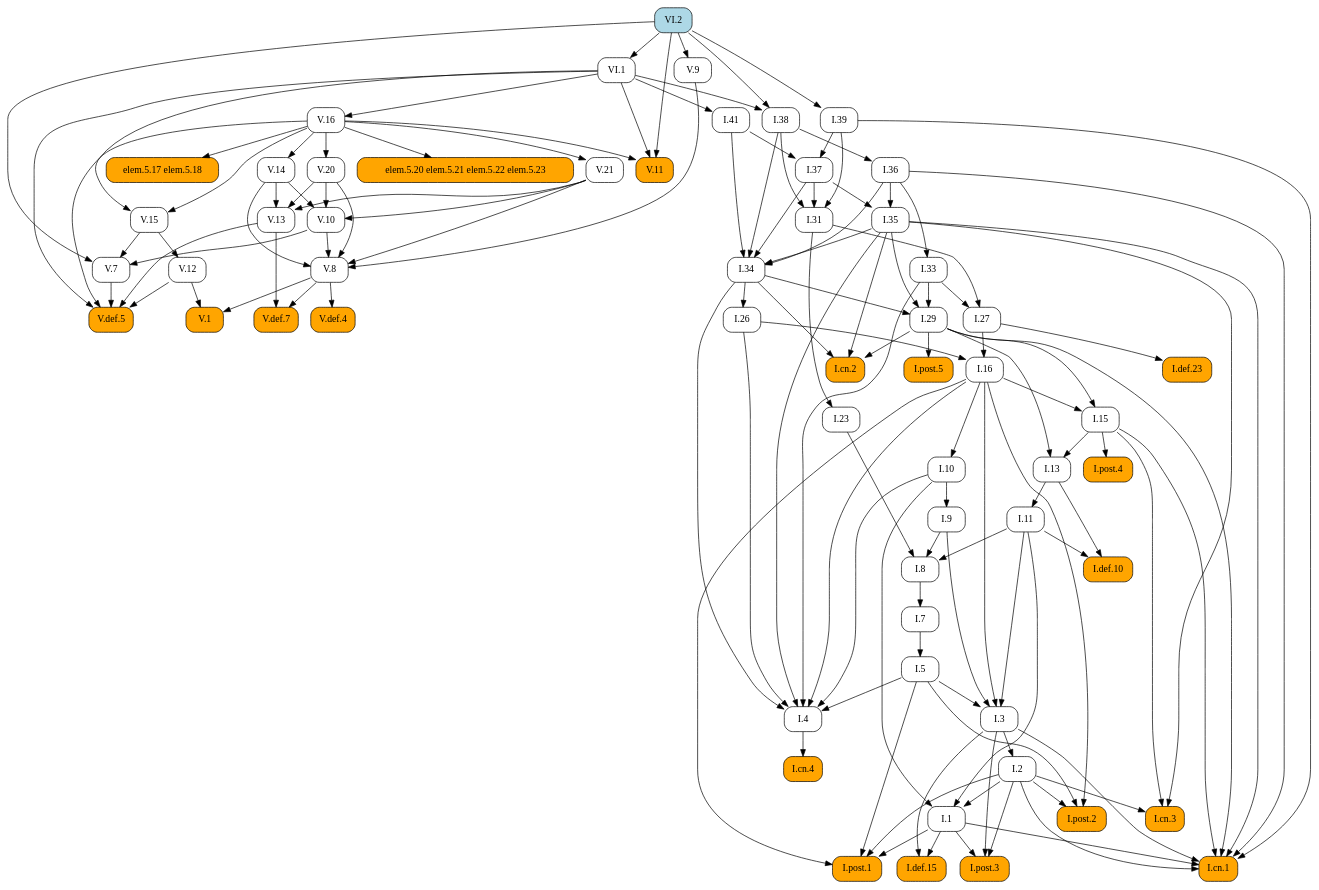
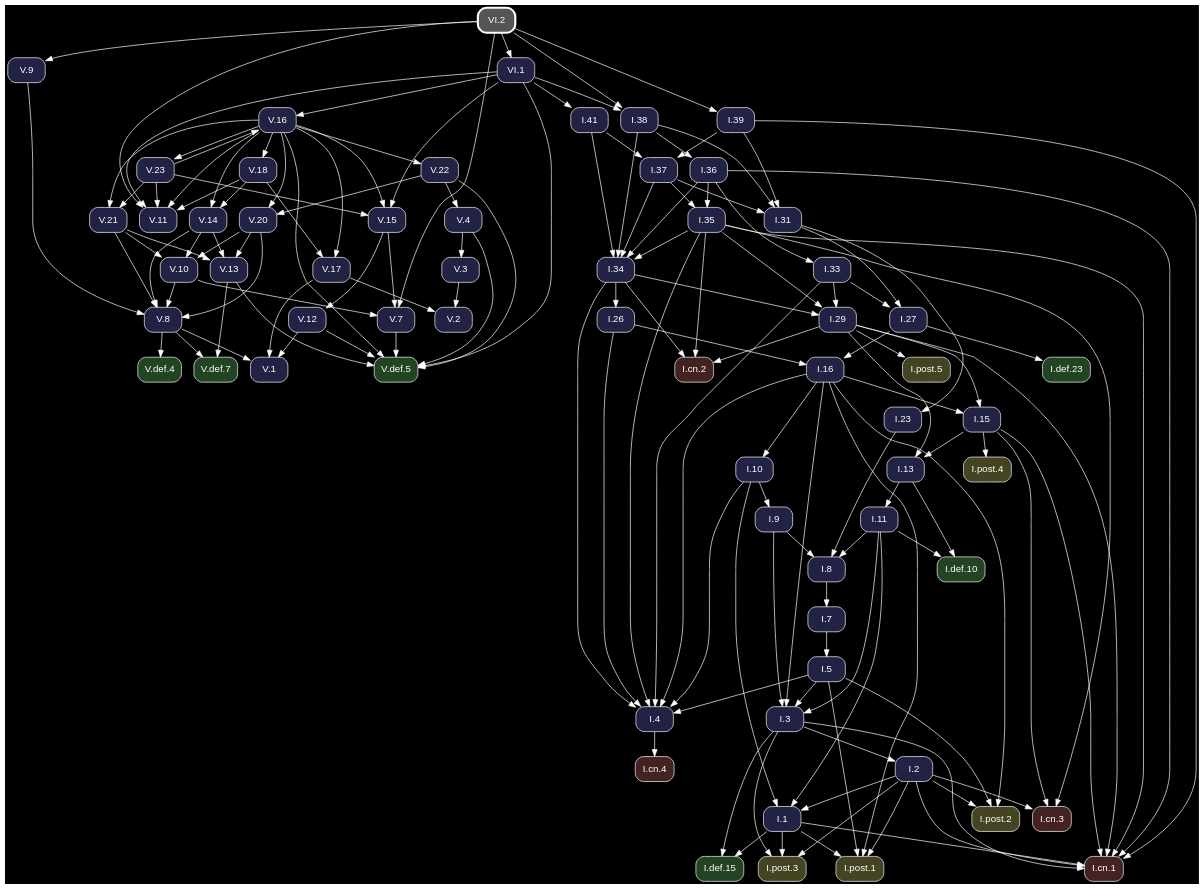
Before and after one commit to geometor/elements: the diagram in docsrc/heath/VI/2/index.rst, drawn with Graphviz. The commit also changed other lines of this file and 1200 other files, not shown here.

Commit message:
update dependency graphs

```diff
--- a/docsrc/heath/VI/2/index.rst
+++ b/docsrc/heath/VI/2/index.rst
@@ -63,122 +63,92 @@
 .. graphviz::
 
    digraph {
+     bgcolor="black";
+     node [shape=box, style="rounded,filled", fontname="Helvetica", color="white", fontcolor="white"];
+     edge [color="white", fontcolor="white"];
      rankdir="TB";
-     node [shape=box, style=rounded];
-     "V.16" [URL="/heath/V/16/", target="_top"];
-     "I.23" [URL="/heath/I/23/", target="_top"];
-     "I.9" [URL="/heath/I/9/", target="_top"];
-     "I.33" [URL="/heath/I/33/", target="_top"];
-     "I.def.15" [style="rounded,filled", fillcolor=orange, URL="/heath/I/def.15/", target="_top"];
-     "V.13" [URL="/heath/V/13/", target="_top"];
-     "V.7" [URL="/heath/V/7/", target="_top"];
-     "elem.5.17 elem.5.18" [style="rounded,filled", fillcolor=orange];
-     "I.post.3" [style="rounded,filled", fillcolor=orange, URL="/heath/I/post.3/", target="_top"];
-     "I.post.1" [style="rounded,filled", fillcolor=orange, URL="/heath/I/post.1/", target="_top"];
-     "V.14" [URL="/heath/V/14/", target="_top"];
-     "V.def.5" [style="rounded,filled", fillcolor=orange, URL="/heath/V/def.5/", target="_top"];
-     "V.9" [URL="/heath/V/9/", target="_top"];
-     "I.31" [URL="/heath/I/31/", target="_top"];
-     "V.10" [URL="/heath/V/10/", target="_top"];
-     "I.def.10" [style="rounded,filled", fillcolor=orange, URL="/heath/I/def.10/", target="_top"];
-     "VI.1" [URL="/heath/VI/1/", target="_top"];
-     "I.27" [URL="/heath/I/27/", target="_top"];
-     "I.39" [URL="/heath/I/39/", target="_top"];
-     "V.20" [URL="/heath/V/20/", target="_top"];
-     "V.11" [style="rounded,filled", fillcolor=orange, URL="/heath/V/11/", target="_top"];
-     "I.34" [URL="/heath/I/34/", target="_top"];
-     "V.12" [URL="/heath/V/12/", target="_top"];
-     "I.3" [URL="/heath/I/3/", target="_top"];
-     "V.def.4" [style="rounded,filled", fillcolor=orange, URL="/heath/V/def.4/", target="_top"];
-     "I.35" [URL="/heath/I/35/", target="_top"];
-     "I.cn.1" [style="rounded,filled", fillcolor=orange, URL="/heath/I/cn.1/", target="_top"];
-     "V.def.7" [style="rounded,filled", fillcolor=orange, URL="/heath/V/def.7/", target="_top"];
-     "I.7" [URL="/heath/I/7/", target="_top"];
-     "V.21" [URL="/heath/V/21/", target="_top"];
-     "I.2" [URL="/heath/I/2/", target="_top"];
-     "I.36" [URL="/heath/I/36/", target="_top"];
-     "I.13" [URL="/heath/I/13/", target="_top"];
-     "I.post.4" [style="rounded,filled", fillcolor=orange, URL="/heath/I/post.4/", target="_top"];
-     "I.4" [URL="/heath/I/4/", target="_top"];
-     "I.1" [URL="/heath/I/1/", target="_top"];
-     "I.5" [URL="/heath/I/5/", target="_top"];
-     "I.37" [URL="/heath/I/37/", target="_top"];
-     "I.8" [URL="/heath/I/8/", target="_top"];
-     "I.29" [URL="/heath/I/29/", target="_top"];
-     "I.cn.3" [style="rounded,filled", fillcolor=orange, URL="/heath/I/cn.3/", target="_top"];
-     "I.16" [URL="/heath/I/16/", target="_top"];
-     "V.8" [URL="/heath/V/8/", target="_top"];
-     "I.38" [URL="/heath/I/38/", target="_top"];
-     "I.15" [URL="/heath/I/15/", target="_top"];
-     "V.1" [style="rounded,filled", fillcolor=orange, URL="/heath/V/1/", target="_top"];
-     "I.10" [URL="/heath/I/10/", target="_top"];
-     "I.def.23" [style="rounded,filled", fillcolor=orange, URL="/heath/I/def.23/", target="_top"];
-     "I.11" [URL="/heath/I/11/", target="_top"];
-     "I.cn.2" [style="rounded,filled", fillcolor=orange, URL="/heath/I/cn.2/", target="_top"];
-     "I.post.5" [style="rounded,filled", fillcolor=orange, URL="/heath/I/post.5/", target="_top"];
-     "VI.2" [style="rounded,filled", fillcolor=lightblue, URL="/heath/VI/2/", target="_top"];
-     "I.cn.4" [style="rounded,filled", fillcolor=orange, URL="/heath/I/cn.4/", target="_top"];
-     "I.41" [URL="/heath/I/41/", target="_top"];
-     "V.15" [URL="/heath/V/15/", target="_top"];
-     "I.post.2" [style="rounded,filled", fillcolor=orange, URL="/heath/I/post.2/", target="_top"];
-     "I.26" [URL="/heath/I/26/", target="_top"];
-     "elem.5.20 elem.5.21 elem.5.22 elem.5.23" [style="rounded,filled", fillcolor=orange];
-     "VI.1" -> "V.16";
-     "I.31" -> "I.23";
-     "I.10" -> "I.9";
-     "I.36" -> "I.33";
-     "I.1" -> "I.def.15";
-     "I.3" -> "I.def.15";
-     "V.14" -> "V.13";
-     "V.20" -> "V.13";
-     "V.21" -> "V.13";
-     "V.10" -> "V.7";
-     "V.15" -> "V.7";
-     "VI.2" -> "V.7";
-     "V.16" -> "elem.5.17 elem.5.18";
-     "I.1" -> "I.post.3";
-     "I.2" -> "I.post.3";
-     "I.3" -> "I.post.3";
-     "I.1" -> "I.post.1";
-     "I.2" -> "I.post.1";
-     "I.5" -> "I.post.1";
-     "I.16" -> "I.post.1";
-     "V.16" -> "V.14";
+     "V.15" [fillcolor="#222244", URL="/heath/V/15/", target="_top"];
+     "V.def.5" [fillcolor="#224422", URL="/heath/V/def.5/", target="_top"];
+     "V.22" [fillcolor="#222244", URL="/heath/V/22/", target="_top"];
+     "I.31" [fillcolor="#222244", URL="/heath/I/31/", target="_top"];
+     "I.3" [fillcolor="#222244", URL="/heath/I/3/", target="_top"];
+     "V.12" [fillcolor="#222244", URL="/heath/V/12/", target="_top"];
+     "I.cn.1" [fillcolor="#442222", URL="/heath/I/cn.1/", target="_top"];
+     "V.18" [fillcolor="#222244", URL="/heath/V/18/", target="_top"];
+     "I.15" [fillcolor="#222244", URL="/heath/I/15/", target="_top"];
+     "V.14" [fillcolor="#222244", URL="/heath/V/14/", target="_top"];
+     "I.def.10" [fillcolor="#224422", URL="/heath/I/def.10/", target="_top"];
+     "I.39" [fillcolor="#222244", URL="/heath/I/39/", target="_top"];
+     "I.13" [fillcolor="#222244", URL="/heath/I/13/", target="_top"];
+     "I.27" [fillcolor="#222244", URL="/heath/I/27/", target="_top"];
+     "V.23" [fillcolor="#222244", URL="/heath/V/23/", target="_top"];
+     "I.2" [fillcolor="#222244", URL="/heath/I/2/", target="_top"];
+     "I.41" [fillcolor="#222244", URL="/heath/I/41/", target="_top"];
+     "I.cn.2" [fillcolor="#442222", URL="/heath/I/cn.2/", target="_top"];
+     "I.9" [fillcolor="#222244", URL="/heath/I/9/", target="_top"];
+     "I.1" [fillcolor="#222244", URL="/heath/I/1/", target="_top"];
+     "I.post.5" [fillcolor="#444422", URL="/heath/I/post.5/", target="_top"];
+     "I.post.4" [fillcolor="#444422", URL="/heath/I/post.4/", target="_top"];
+     "I.23" [fillcolor="#222244", URL="/heath/I/23/", target="_top"];
+     "I.26" [fillcolor="#222244", URL="/heath/I/26/", target="_top"];
+     "I.8" [fillcolor="#222244", URL="/heath/I/8/", target="_top"];
+     "I.4" [fillcolor="#222244", URL="/heath/I/4/", target="_top"];
+     "V.4" [fillcolor="#222244", URL="/heath/V/4/", target="_top"];
+     "V.16" [fillcolor="#222244", URL="/heath/V/16/", target="_top"];
+     "VI.2" [penwidth=3, color="white", fillcolor="#555555", URL="/heath/VI/2/", target="_top"];
+     "I.7" [fillcolor="#222244", URL="/heath/I/7/", target="_top"];
+     "V.7" [fillcolor="#222244", URL="/heath/V/7/", target="_top"];
+     "I.5" [fillcolor="#222244", URL="/heath/I/5/", target="_top"];
+     "V.9" [fillcolor="#222244", URL="/heath/V/9/", target="_top"];
+     "VI.1" [fillcolor="#222244", URL="/heath/VI/1/", target="_top"];
+     "I.10" [fillcolor="#222244", URL="/heath/I/10/", target="_top"];
+     "V.11" [fillcolor="#222244", URL="/heath/V/11/", target="_top"];
+     "V.def.7" [fillcolor="#224422", URL="/heath/V/def.7/", target="_top"];
+     "V.def.4" [fillcolor="#224422", URL="/heath/V/def.4/", target="_top"];
+     "V.20" [fillcolor="#222244", URL="/heath/V/20/", target="_top"];
+     "I.post.1" [fillcolor="#444422", URL="/heath/I/post.1/", target="_top"];
+     "I.11" [fillcolor="#222244", URL="/heath/I/11/", target="_top"];
+     "I.37" [fillcolor="#222244", URL="/heath/I/37/", target="_top"];
+     "I.16" [fillcolor="#222244", URL="/heath/I/16/", target="_top"];
+     "I.cn.3" [fillcolor="#442222", URL="/heath/I/cn.3/", target="_top"];
+     "I.36" [fillcolor="#222244", URL="/heath/I/36/", target="_top"];
+     "I.38" [fillcolor="#222244", URL="/heath/I/38/", target="_top"];
+     "I.29" [fillcolor="#222244", URL="/heath/I/29/", target="_top"];
+     "I.post.2" [fillcolor="#444422", URL="/heath/I/post.2/", target="_top"];
+     "I.cn.4" [fillcolor="#442222", URL="/heath/I/cn.4/", target="_top"];
+     "I.def.23" [fillcolor="#224422", URL="/heath/I/def.23/", target="_top"];
+     "V.2" [fillcolor="#222244", URL="/heath/V/2/", target="_top"];
+     "I.35" [fillcolor="#222244", URL="/heath/I/35/", target="_top"];
+     "V.1" [fillcolor="#222244", URL="/heath/V/1/", target="_top"];
+     "I.post.3" [fillcolor="#444422", URL="/heath/I/post.3/", target="_top"];
+     "V.13" [fillcolor="#222244", URL="/heath/V/13/", target="_top"];
+     "V.8" [fillcolor="#222244", URL="/heath/V/8/", target="_top"];
+     "I.33" [fillcolor="#222244", URL="/heath/I/33/", target="_top"];
+     "V.21" [fillcolor="#222244", URL="/heath/V/21/", target="_top"];
+     "I.34" [fillcolor="#222244", URL="/heath/I/34/", target="_top"];
+     "I.def.15" [fillcolor="#224422", URL="/heath/I/def.15/", target="_top"];
+     "V.3" [fillcolor="#222244", URL="/heath/V/3/", target="_top"];
+     "V.17" [fillcolor="#222244", URL="/heath/V/17/", target="_top"];
+     "V.10" [fillcolor="#222244", URL="/heath/V/10/", target="_top"];
+     "V.16" -> "V.15";
+     "V.23" -> "V.15";
+     "VI.1" -> "V.15";
+     "V.4" -> "V.def.5";
      "V.7" -> "V.def.5";
      "V.12" -> "V.def.5";
      "V.13" -> "V.def.5";
      "V.16" -> "V.def.5";
+     "V.22" -> "V.def.5";
      "VI.1" -> "V.def.5";
-     "VI.2" -> "V.9";
+     "V.16" -> "V.22";
      "I.37" -> "I.31";
      "I.38" -> "I.31";
      "I.39" -> "I.31";
-     "V.14" -> "V.10";
-     "V.20" -> "V.10";
-     "V.21" -> "V.10";
-     "I.11" -> "I.def.10";
-     "I.13" -> "I.def.10";
-     "VI.2" -> "VI.1";
-     "I.31" -> "I.27";
-     "I.33" -> "I.27";
-     "VI.2" -> "I.39";
-     "V.16" -> "V.20";
-     "V.16" -> "V.11";
-     "VI.1" -> "V.11";
-     "VI.2" -> "V.11";
-     "I.35" -> "I.34";
-     "I.36" -> "I.34";
-     "I.37" -> "I.34";
-     "I.38" -> "I.34";
-     "I.41" -> "I.34";
-     "V.15" -> "V.12";
      "I.5" -> "I.3";
      "I.9" -> "I.3";
      "I.11" -> "I.3";
      "I.16" -> "I.3";
-     "V.8" -> "V.def.4";
-     "I.36" -> "I.35";
-     "I.37" -> "I.35";
+     "V.15" -> "V.12";
      "I.1" -> "I.cn.1";
      "I.2" -> "I.cn.1";
      "I.3" -> "I.cn.1";
@@ -187,15 +157,35 @@
      "I.35" -> "I.cn.1";
      "I.36" -> "I.cn.1";
      "I.39" -> "I.cn.1";
-     "V.8" -> "V.def.7";
-     "V.13" -> "V.def.7";
-     "I.8" -> "I.7";
-     "V.16" -> "V.21";
-     "I.3" -> "I.2";
-     "I.38" -> "I.36";
+     "V.16" -> "V.18";
+     "I.16" -> "I.15";
+     "I.29" -> "I.15";
+     "V.16" -> "V.14";
+     "V.18" -> "V.14";
+     "I.11" -> "I.def.10";
+     "I.13" -> "I.def.10";
+     "VI.2" -> "I.39";
      "I.15" -> "I.13";
      "I.29" -> "I.13";
+     "I.31" -> "I.27";
+     "I.33" -> "I.27";
+     "V.16" -> "V.23";
+     "I.3" -> "I.2";
+     "VI.1" -> "I.41";
+     "I.29" -> "I.cn.2";
+     "I.34" -> "I.cn.2";
+     "I.35" -> "I.cn.2";
+     "I.10" -> "I.9";
+     "I.2" -> "I.1";
+     "I.10" -> "I.1";
+     "I.11" -> "I.1";
+     "I.29" -> "I.post.5";
      "I.15" -> "I.post.4";
+     "I.31" -> "I.23";
+     "I.34" -> "I.26";
+     "I.9" -> "I.8";
+     "I.11" -> "I.8";
+     "I.23" -> "I.8";
      "I.5" -> "I.4";
      "I.10" -> "I.4";
      "I.16" -> "I.4";
@@ -203,48 +193,82 @@
      "I.33" -> "I.4";
      "I.34" -> "I.4";
      "I.35" -> "I.4";
-     "I.2" -> "I.1";
-     "I.10" -> "I.1";
-     "I.11" -> "I.1";
+     "V.22" -> "V.4";
+     "V.23" -> "V.16";
+     "VI.1" -> "V.16";
+     "I.8" -> "I.7";
+     "V.10" -> "V.7";
+     "V.15" -> "V.7";
+     "VI.2" -> "V.7";
      "I.7" -> "I.5";
+     "VI.2" -> "V.9";
+     "VI.2" -> "VI.1";
+     "I.16" -> "I.10";
+     "V.16" -> "V.11";
+     "V.18" -> "V.11";
+     "V.23" -> "V.11";
+     "VI.1" -> "V.11";
+     "VI.2" -> "V.11";
+     "V.8" -> "V.def.7";
+     "V.13" -> "V.def.7";
+     "V.8" -> "V.def.4";
+     "V.16" -> "V.20";
+     "V.22" -> "V.20";
+     "I.1" -> "I.post.1";
+     "I.2" -> "I.post.1";
+     "I.5" -> "I.post.1";
+     "I.16" -> "I.post.1";
+     "I.13" -> "I.11";
      "I.39" -> "I.37";
      "I.41" -> "I.37";
-     "I.9" -> "I.8";
-     "I.11" -> "I.8";
-     "I.23" -> "I.8";
+     "I.26" -> "I.16";
+     "I.27" -> "I.16";
+     "I.2" -> "I.cn.3";
+     "I.15" -> "I.cn.3";
+     "I.35" -> "I.cn.3";
+     "I.38" -> "I.36";
+     "VI.1" -> "I.38";
+     "VI.2" -> "I.38";
      "I.33" -> "I.29";
      "I.34" -> "I.29";
      "I.35" -> "I.29";
-     "I.2" -> "I.cn.3";
-     "I.15" -> "I.cn.3";
-     "I.35" -> "I.cn.3";
-     "I.26" -> "I.16";
-     "I.27" -> "I.16";
+     "I.2" -> "I.post.2";
+     "I.5" -> "I.post.2";
+     "I.16" -> "I.post.2";
+     "I.4" -> "I.cn.4";
+     "I.27" -> "I.def.23";
+     "V.3" -> "V.2";
+     "V.17" -> "V.2";
+     "I.36" -> "I.35";
+     "I.37" -> "I.35";
+     "V.8" -> "V.1";
+     "V.12" -> "V.1";
+     "V.17" -> "V.1";
+     "I.1" -> "I.post.3";
+     "I.2" -> "I.post.3";
+     "I.3" -> "I.post.3";
+     "V.14" -> "V.13";
+     "V.20" -> "V.13";
+     "V.21" -> "V.13";
      "V.9" -> "V.8";
      "V.10" -> "V.8";
      "V.14" -> "V.8";
      "V.20" -> "V.8";
      "V.21" -> "V.8";
-     "VI.1" -> "I.38";
-     "VI.2" -> "I.38";
-     "I.16" -> "I.15";
-     "I.29" -> "I.15";
-     "V.8" -> "V.1";
-     "V.12" -> "V.1";
-     "I.16" -> "I.10";
-     "I.27" -> "I.def.23";
-     "I.13" -> "I.11";
-     "I.29" -> "I.cn.2";
-     "I.34" -> "I.cn.2";
-     "I.35" -> "I.cn.2";
-     "I.29" -> "I.post.5";
-     "I.4" -> "I.cn.4";
-     "VI.1" -> "I.41";
-     "V.16" -> "V.15";
-     "VI.1" -> "V.15";
-     "I.2" -> "I.post.2";
-     "I.5" -> "I.post.2";
-     "I.16" -> "I.post.2";
-     "I.34" -> "I.26";
-     "V.16" -> "elem.5.20 elem.5.21 elem.5.22 elem.5.23";
+     "I.36" -> "I.33";
+     "V.16" -> "V.21";
+     "V.23" -> "V.21";
+     "I.35" -> "I.34";
+     "I.36" -> "I.34";
+     "I.37" -> "I.34";
+     "I.38" -> "I.34";
+     "I.41" -> "I.34";
+     "I.1" -> "I.def.15";
+     "I.3" -> "I.def.15";
+     "V.4" -> "V.3";
+     "V.16" -> "V.17";
+     "V.18" -> "V.17";
+     "V.14" -> "V.10";
+     "V.20" -> "V.10";
+     "V.21" -> "V.10";
    }
```
